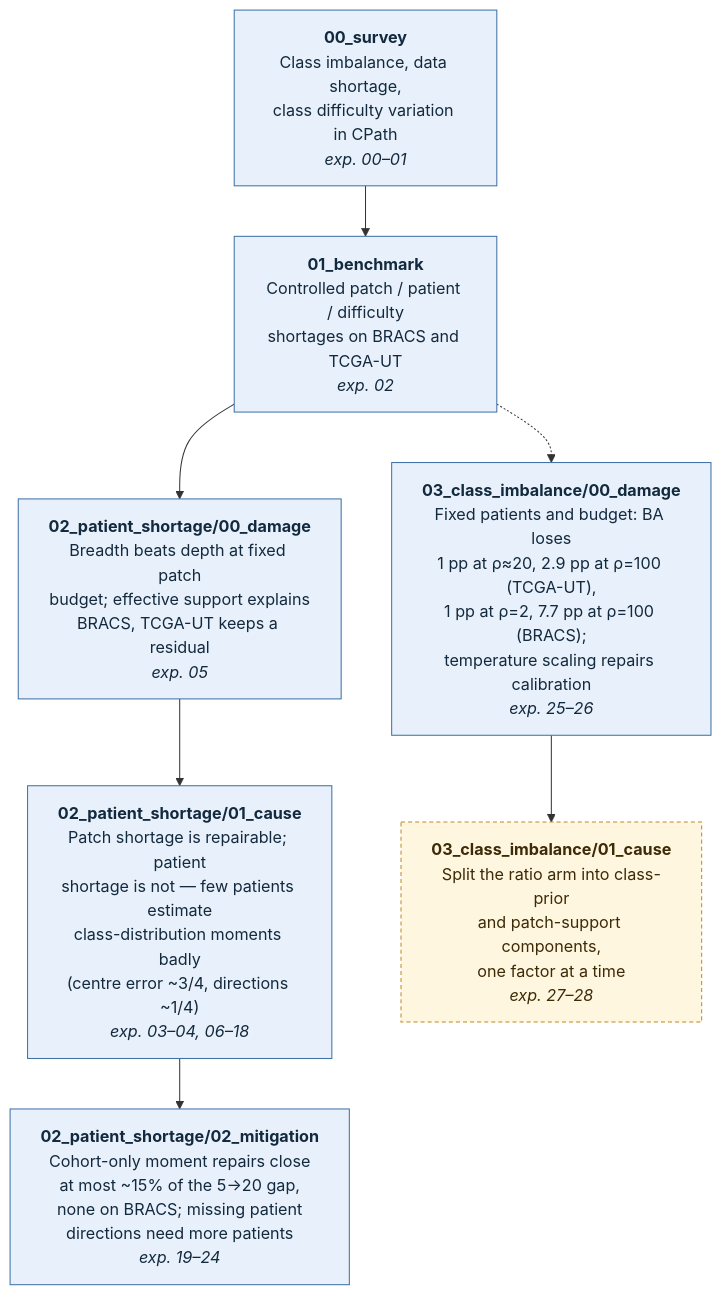
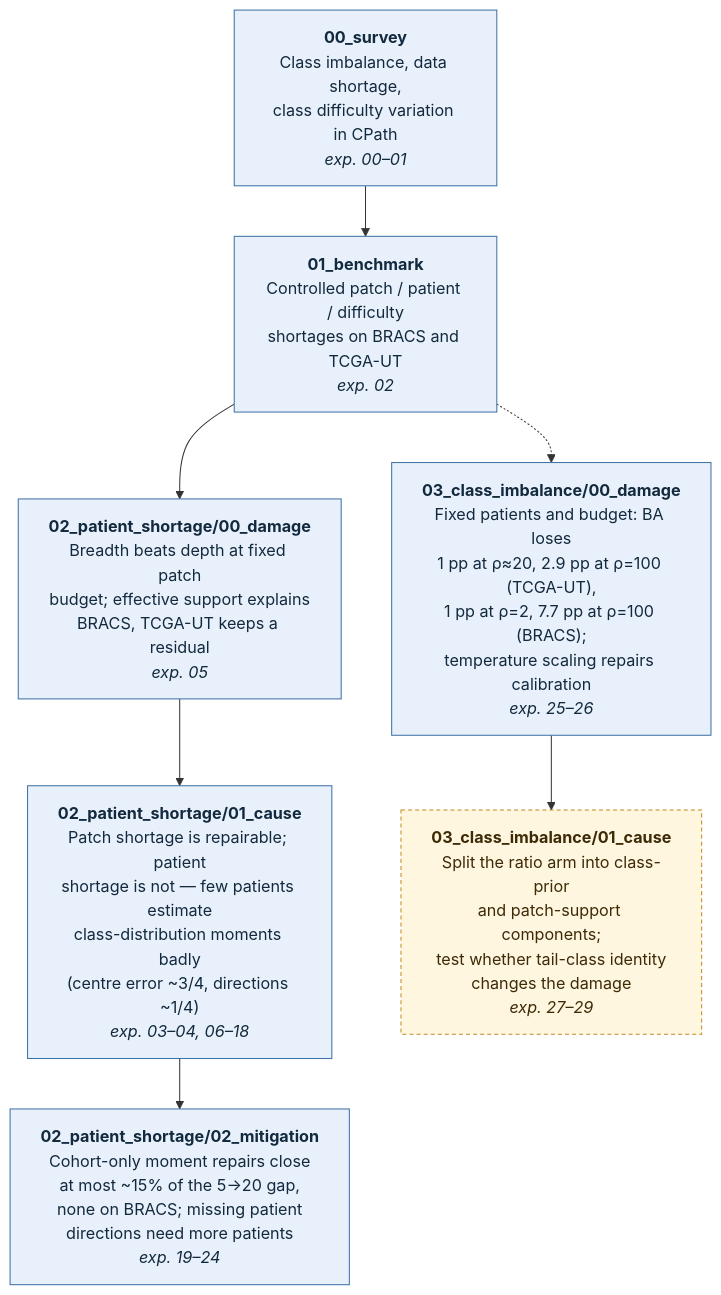
One commit to devWhyqueue/master-thesis changed the diagram in README.md. Above: the diagram before and after it, drawn with Mermaid. The commit also changed 26 other files, not shown here.

````diff
--- a/README.md
+++ b/README.md
@@ -7,19 +7,19 @@
 ```mermaid
 flowchart TD
     S1["<b>00_survey</b><br/>Class imbalance, data shortage,<br/>class difficulty variation in CPath<br/><i>exp. 00–01</i>"]
     S2["<b>01_benchmark</b><br/>Controlled patch / patient / difficulty<br/>shortages on BRACS and TCGA-UT<br/><i>exp. 02</i>"]
     S3["<b>02_patient_shortage/00_damage</b><br/>Breadth beats depth at fixed patch<br/>budget; effective support explains<br/>BRACS, TCGA-UT keeps a residual<br/><i>exp. 05</i>"]
     S4["<b>02_patient_shortage/01_cause</b><br/>Patch shortage is repairable; patient<br/>shortage is not — few patients estimate<br/>class-distribution moments badly<br/>(centre error ~3/4, directions ~1/4)<br/><i>exp. 03–04, 06–18</i>"]
     S5["<b>02_patient_shortage/02_mitigation</b><br/>Cohort-only moment repairs close<br/>at most ~15% of the 5→20 gap,<br/>none on BRACS; missing patient<br/>directions need more patients<br/><i>exp. 19–24</i>"]
 
     S7["<b>03_class_imbalance/00_damage</b><br/>Fixed patients and budget: BA loses<br/>1 pp at ρ≈20, 2.9 pp at ρ=100 (TCGA-UT),<br/>1 pp at ρ=2, 7.7 pp at ρ=100 (BRACS);<br/>temperature scaling repairs calibration<br/><i>exp. 25–26</i>"]
-    N1["<b>03_class_imbalance/01_cause</b><br/>Split the ratio arm into class-prior<br/>and patch-support components,<br/>one factor at a time<br/><i>exp. 27–28</i>"]
+    N1["<b>03_class_imbalance/01_cause</b><br/>Split the ratio arm into class-prior<br/>and patch-support components;<br/>test whether tail-class identity<br/>changes the damage<br/><i>exp. 27–29</i>"]
 
     S1 --> S2 --> S3 --> S4 --> S5
     S2 -.-> S7 --> N1
 
     classDef done fill:#e8f1fb,stroke:#3b6ea5,stroke-width:1px,color:#13293d;
     classDef next fill:#fff6e0,stroke:#c08a1e,stroke-width:1px,stroke-dasharray:4 3,color:#3d2a06;
     class S1,S2,S3,S4,S5,S7 done;
     class N1 next;
 ```
````
